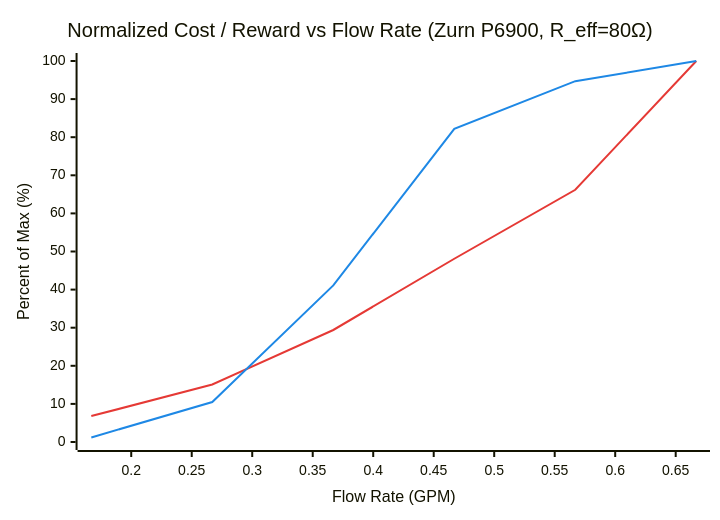
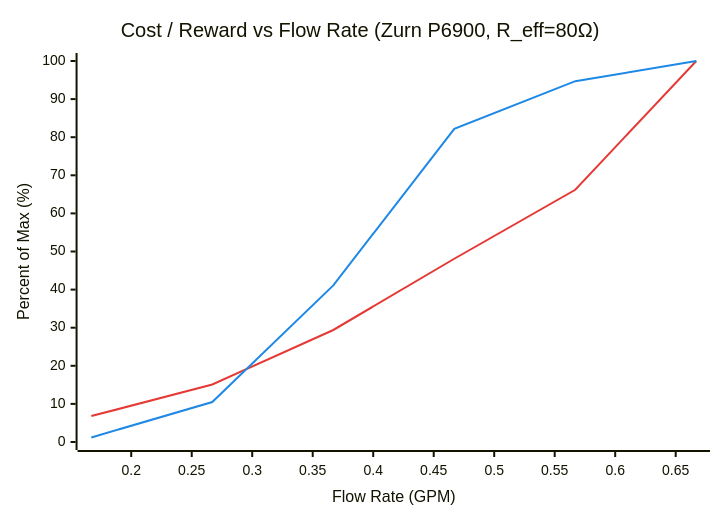
One commit to alexcrespo98/whirlygigs changed the fourth of 6 diagrams in flowsense_iot.md. Above: the diagram before and after it, drawn with Mermaid. The commit also changed other lines of this file and 2 other files, not shown here.

Commit message:
Revise coil config table, remove belt row, fix Zurn P6900 placement, add axial dual-coil note, remove normalized cost, tighten descriptions

````diff
--- a/flowsense_iot.md
+++ b/flowsense_iot.md
@@ -366,14 +423,14 @@
 ```mermaid
 ---
 config:
   themeVariables:
     xyChart:
       plotColorPalette: "#E53935, #1E88E5"
 ---
 xychart-beta
-  title "Normalized Cost / Reward vs Flow Rate (Zurn P6900, R_eff=80Ω)"
+  title "Cost / Reward vs Flow Rate (Zurn P6900, R_eff=80Ω)"
   x-axis "Flow Rate (GPM)" 0.167 --> 0.667
   y-axis "Percent of Max (%)" 0 --> 100
   line [6.8, 15.1, 29.4, 48.1, 66.2, 100.0]
   line [1.2, 10.5, 41.1, 82.2, 94.7, 100.0]
 ```
````
